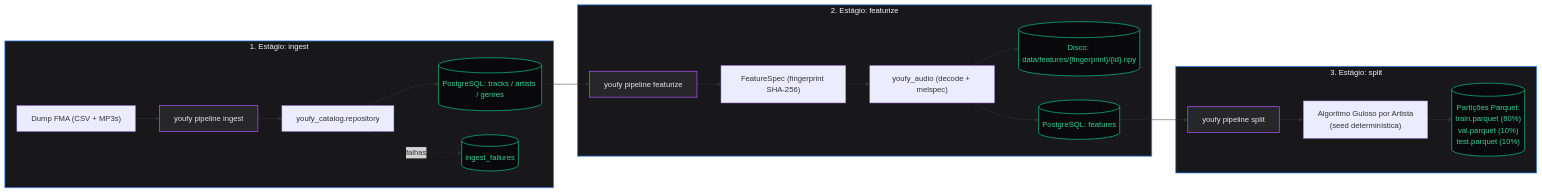
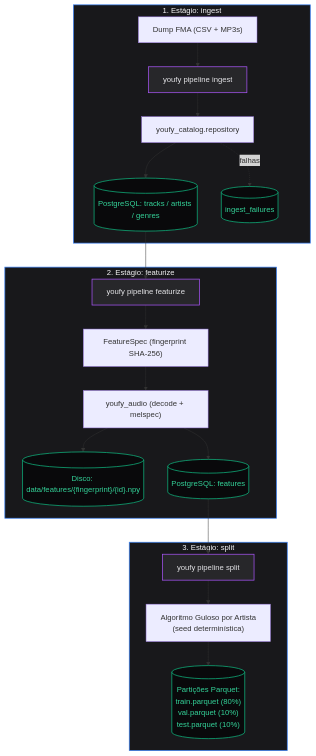
Before and after one commit to Oseiasdfarias/youfy: the diagram in docs/pacotes/pipelines.md, drawn with Mermaid. The commit also changed 2 other files, not shown here.

Commit message:
style(diagrams): orientar diagramas verticalmente e expandir legibilidade

````diff
--- a/docs/pacotes/pipelines.md
+++ b/docs/pacotes/pipelines.md
@@ -53,30 +53,30 @@
 ```mermaid
-flowchart LR
+flowchart TD
     subgraph S1["1. Estágio: ingest"]
         FMA["Dump FMA (CSV + MP3s)"] --> CLI1["youfy pipeline ingest"]
         CLI1 --> Repo["youfy_catalog.repository"]
         Repo --> DB[("PostgreSQL: tracks / artists / genres")]
         Repo -. falhas .-> Quarantine[("ingest_failures")]
     end
 
     subgraph S2["2. Estágio: featurize"]
         DB --> CLI2["youfy pipeline featurize"]
         CLI2 --> Spec["FeatureSpec (fingerprint SHA-256)"]
         Spec --> AudioDSP["youfy_audio (decode + melspec)"]
         AudioDSP --> NpyStore[("Disco: data/features/{fingerprint}/{id}.npy")]
         AudioDSP --> DBFeat[("PostgreSQL: features")]
     end
 
     subgraph S3["3. Estágio: split"]
         DBFeat --> CLI3["youfy pipeline split"]
         CLI3 --> Greedy["Algoritmo Guloso por Artista<br/>(seed determinística)"]
         Greedy --> Parquet[("Partições Parquet:<br/>train.parquet (80%)<br/>val.parquet (10%)<br/>test.parquet (10%)")]
     end
 
     classDef stage fill:#18181b,stroke:#3b82f6,stroke-width:1.5px,color:#f4f4f5;
     classDef storage fill:#09090b,stroke:#10b981,stroke-width:1.5px,color:#34d399;
     classDef cli fill:#27272a,stroke:#a855f7,stroke-width:1.5px,color:#e4e4e7;
     class S1,S2,S3 stage;
     class DB,Quarantine,NpyStore,DBFeat,Parquet storage;
     class CLI1,CLI2,CLI3 cli;
 ```
````
